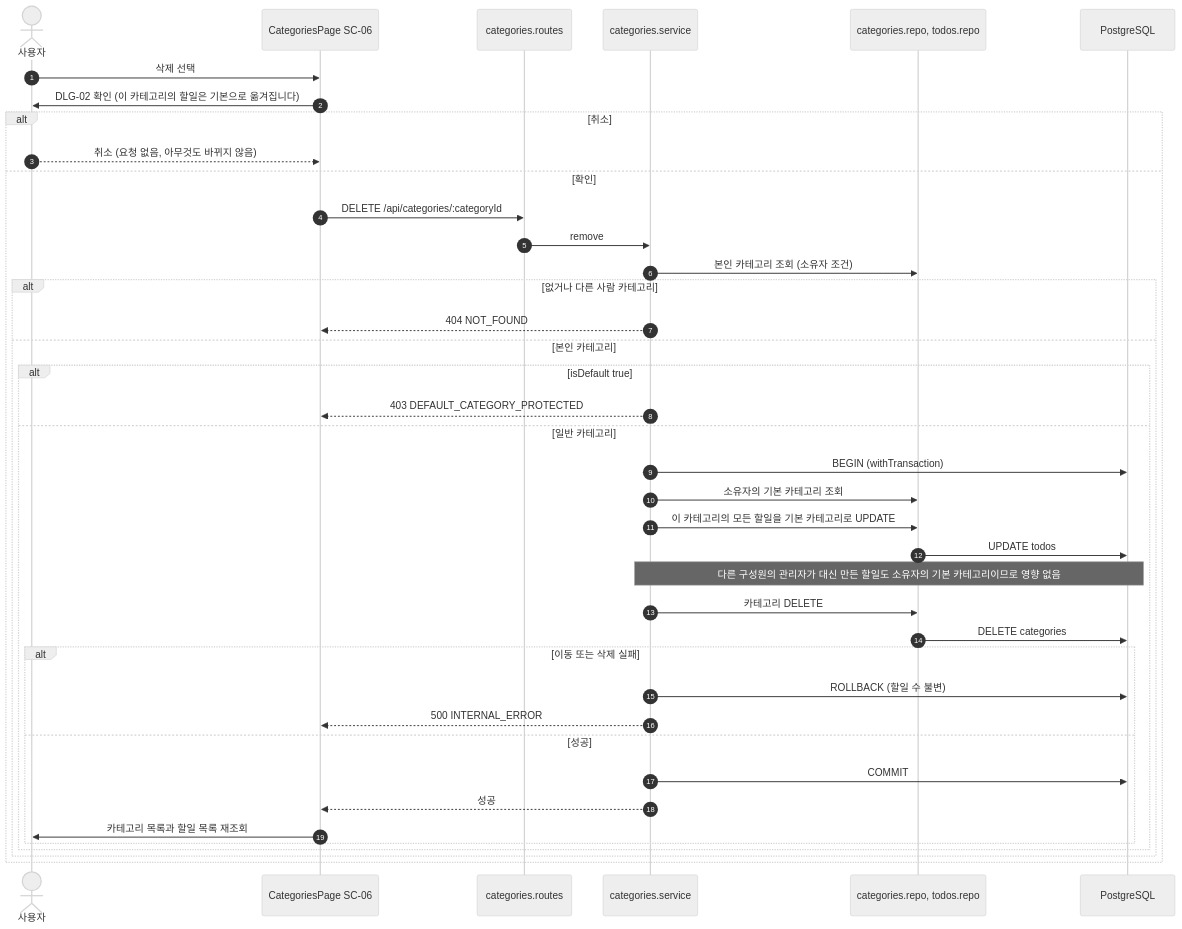
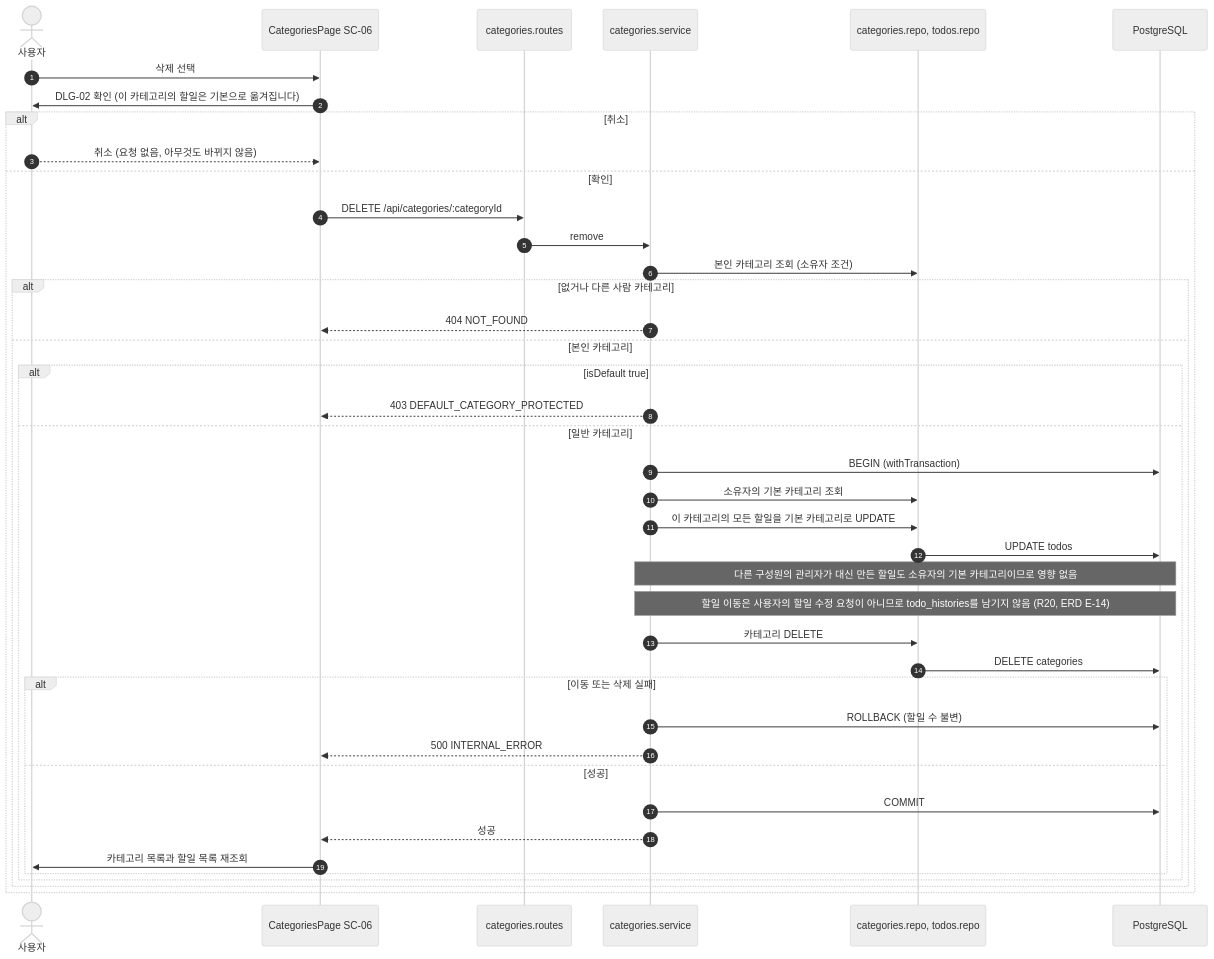
One commit to hjining-o/todolist-app changed the tenth of 13 diagrams in docs/6-arch-diagram.md. Above: the diagram before and after it, drawn with Mermaid (neutral theme). The commit also changed other lines of this file and 6 other files, not shown here.

First line of the commit message:
docs: ERD v0.2 작성(6-arch에서 분리) 및 확인 필요 사항 결정·문서 정합성 반영

````diff
--- a/docs/6-arch-diagram.md
+++ b/docs/6-arch-diagram.md
@@ -640,43 +569,44 @@
 ```mermaid
 sequenceDiagram
     autonumber
     actor U as 사용자
     participant FE as CategoriesPage SC-06
     participant RT as categories.routes
     participant SV as categories.service
     participant RP as categories.repo, todos.repo
     participant DB as PostgreSQL
 
     U->>FE: 삭제 선택
     FE->>U: DLG-02 확인 (이 카테고리의 할일은 기본으로 옮겨집니다)
     alt 취소
         U-->>FE: 취소 (요청 없음, 아무것도 바뀌지 않음)
     else 확인
         FE->>RT: DELETE /api/categories/:categoryId
         RT->>SV: remove
         SV->>RP: 본인 카테고리 조회 (소유자 조건)
         alt 없거나 다른 사람 카테고리
             SV-->>FE: 404 NOT_FOUND
         else 본인 카테고리
             alt isDefault true
                 SV-->>FE: 403 DEFAULT_CATEGORY_PROTECTED
             else 일반 카테고리
                 SV->>DB: BEGIN (withTransaction)
                 SV->>RP: 소유자의 기본 카테고리 조회
                 SV->>RP: 이 카테고리의 모든 할일을 기본 카테고리로 UPDATE
                 RP->>DB: UPDATE todos
                 Note over SV,DB: 다른 구성원의 관리자가 대신 만든 할일도 소유자의 기본 카테고리이므로 영향 없음
+                Note over SV,DB: 할일 이동은 사용자의 할일 수정 요청이 아니므로 todo_histories를 남기지 않음 (R20, ERD E-14)
                 SV->>RP: 카테고리 DELETE
                 RP->>DB: DELETE categories
                 alt 이동 또는 삭제 실패
                     SV->>DB: ROLLBACK (할일 수 불변)
                     SV-->>FE: 500 INTERNAL_ERROR
                 else 성공
                     SV->>DB: COMMIT
                     SV-->>FE: 성공
                     FE->>U: 카테고리 목록과 할일 목록 재조회
                 end
             end
         end
     end
 ```
````
